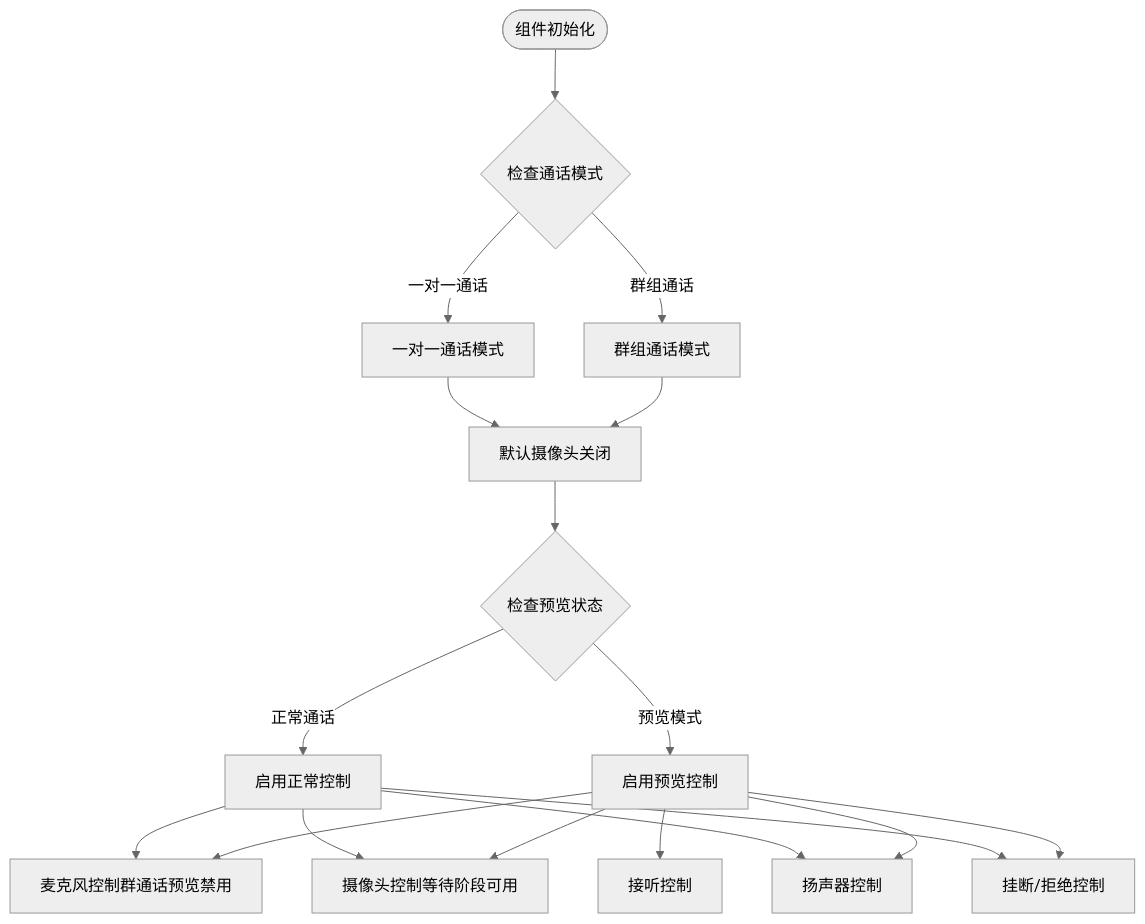
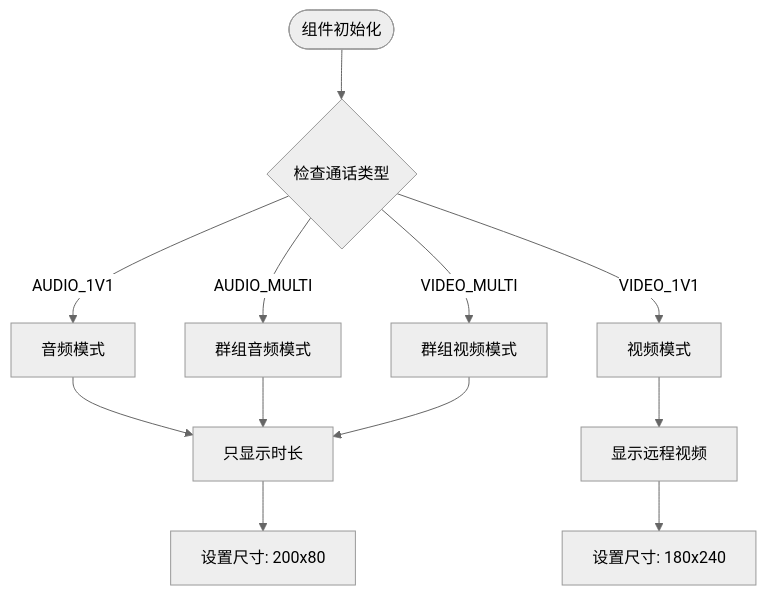
The fifth of 8 diagrams in .qoder/repowiki/zh/content/核心组件/单人通话组件/单人通话组件.md (Easemob-Community/easemob-uikit-callkit-vue3), drawn with Mermaid (neutral theme) before and after one commit. The commit also changed other lines of this file and 54 other files, not shown here.

````diff
--- a/.qoder/repowiki/zh/content/核心组件/单人通话组件/单人通话组件.md
+++ b/.qoder/repowiki/zh/content/核心组件/单人通话组件/单人通话组件.md
@@ -224,20 +250,14 @@
 ```mermaid
 flowchart TD
-Start([组件初始化]) --> CheckMode{"检查通话模式"}
-CheckMode --> |群组通话| GroupMode["群组通话模式"]
-CheckMode --> |一对一通话| OneToOneMode["一对一通话模式"]
-GroupMode --> DefaultCamera["默认摄像头关闭"]
-OneToOneMode --> DefaultCamera
-DefaultCamera --> CheckPreview{"检查预览状态"}
-CheckPreview --> |预览模式| PreviewControls["启用预览控制"]
-CheckPreview --> |正常通话| NormalControls["启用正常控制"]
-PreviewControls --> MicControl["麦克风控制群通话预览禁用"]
-PreviewControls --> CameraControl["摄像头控制等待阶段可用"]
-PreviewControls --> SpeakerControl["扬声器控制"]
-PreviewControls --> HangupControl["挂断/拒绝控制"]
-PreviewControls --> AcceptControl["接听控制"]
-NormalControls --> MicControl
-NormalControls --> CameraControl
-NormalControls --> SpeakerControl
-NormalControls --> HangupControl
+Start([组件初始化]) --> CheckType{检查通话类型}
+CheckType --> |AUDIO_1V1| AudioMode["音频模式"]
+CheckType --> |AUDIO_MULTI| MultiAudioMode["群组音频模式"]
+CheckType --> |VIDEO_MULTI| MultiVideoMode["群组视频模式"]
+CheckType --> |VIDEO_1V1| VideoMode["视频模式"]
+AudioMode --> DurationOnly["只显示时长"]
+MultiAudioMode --> DurationOnly
+MultiVideoMode --> DurationOnly
+VideoMode --> ShowVideo["显示远程视频"]
+DurationOnly --> SetSize["设置尺寸: 200x80"]
+ShowVideo --> SetVideoSize["设置尺寸: 180x240"]
 ```
````
